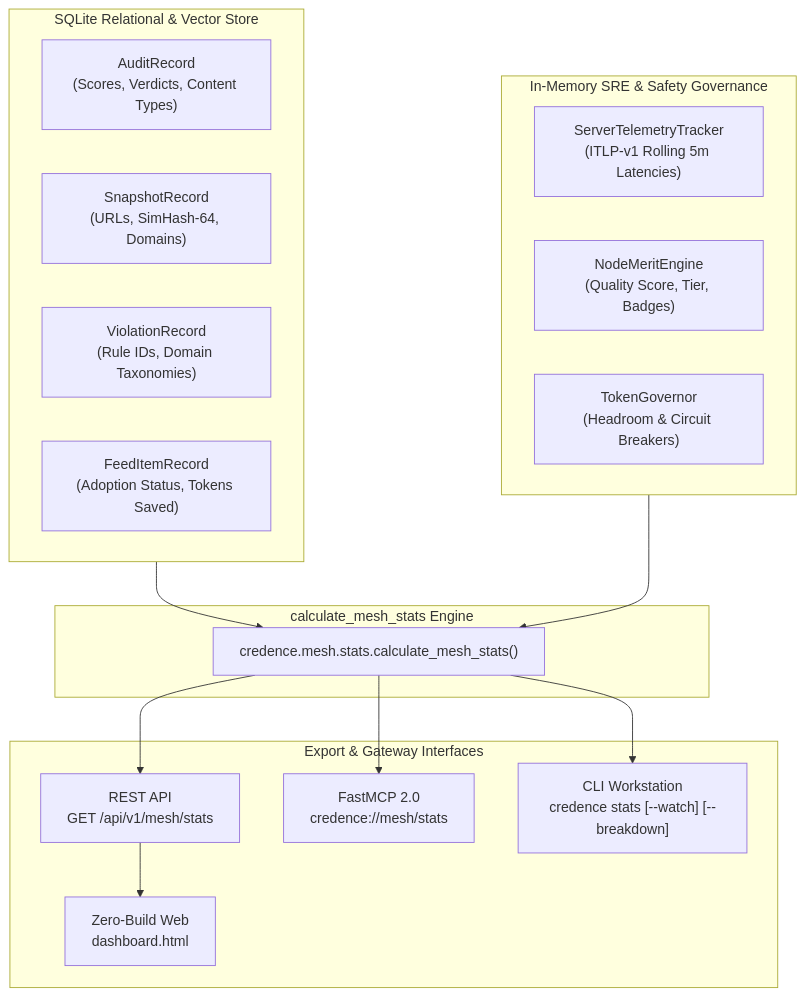
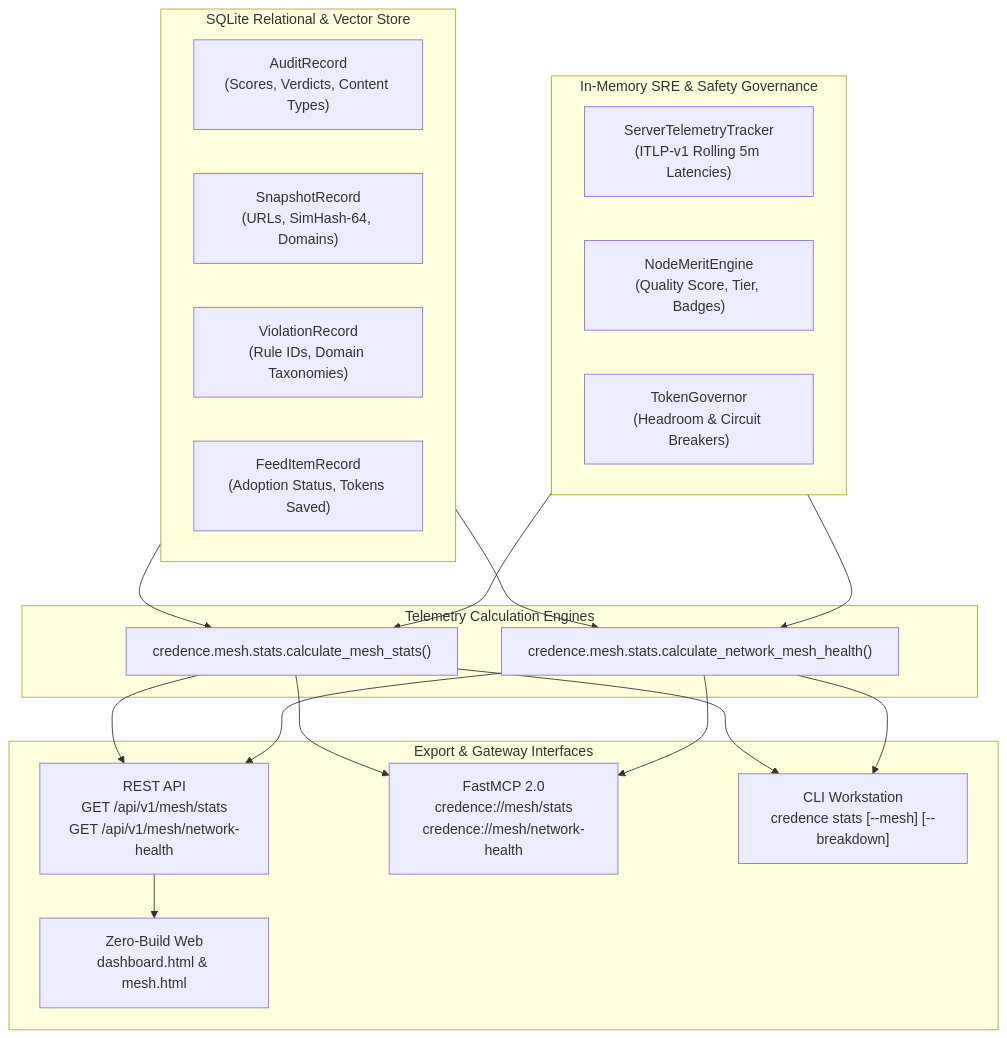
Before and after one commit to artibyrd/credence-docs: the diagram in docs/blueprints/node-and-mesh-telemetry-dashboard.md, drawn with Mermaid. The commit also changed other lines of this file and 5 other files, not shown here.

Commit message:
feat(nexus): Whole-Mesh Network Health & Watts-Strogatz Topology Dashboard (v1.22.0)

````diff
--- a/docs/blueprints/node-and-mesh-telemetry-dashboard.md
+++ b/docs/blueprints/node-and-mesh-telemetry-dashboard.md
@@ -35,33 +33,39 @@
 ```mermaid
 flowchart TD
     subgraph Storage ["SQLite Relational & Vector Store"]
         AR["AuditRecord<br/>(Scores, Verdicts, Content Types)"]
         SR["SnapshotRecord<br/>(URLs, SimHash-64, Domains)"]
         VR["ViolationRecord<br/>(Rule IDs, Domain Taxonomies)"]
         FI["FeedItemRecord<br/>(Adoption Status, Tokens Saved)"]
     end
 
     subgraph Runtime ["In-Memory SRE & Safety Governance"]
         STT["ServerTelemetryTracker<br/>(ITLP-v1 Rolling 5m Latencies)"]
         MR["NodeMeritEngine<br/>(Quality Score, Tier, Badges)"]
         TG["TokenGovernor<br/>(Headroom & Circuit Breakers)"]
     end
 
-    subgraph Aggregator ["calculate_mesh_stats Engine"]
+    subgraph Aggregator ["Telemetry Calculation Engines"]
         AGG["credence.mesh.stats.calculate_mesh_stats()"]
+        MAGG["credence.mesh.stats.calculate_network_mesh_health()"]
     end
 
     subgraph Protocols ["Export & Gateway Interfaces"]
-        REST["REST API<br/>GET /api/v1/mesh/stats"]
-        FMCP["FastMCP 2.0<br/>credence://mesh/stats"]
-        CLI["CLI Workstation<br/>credence stats [--watch] [--breakdown]"]
-        WEB["Zero-Build Web<br/>dashboard.html"]
+        REST["REST API<br/>GET /api/v1/mesh/stats<br/>GET /api/v1/mesh/network-health"]
+        FMCP["FastMCP 2.0<br/>credence://mesh/stats<br/>credence://mesh/network-health"]
+        CLI["CLI Workstation<br/>credence stats [--mesh] [--breakdown]"]
+        WEB["Zero-Build Web<br/>dashboard.html & mesh.html"]
     end
 
     Storage --> AGG
+    Storage --> MAGG
     Runtime --> AGG
+    Runtime --> MAGG
     AGG --> REST
+    MAGG --> REST
     AGG --> FMCP
+    MAGG --> FMCP
     REST --> WEB
     AGG --> CLI
+    MAGG --> CLI
 ```
````
